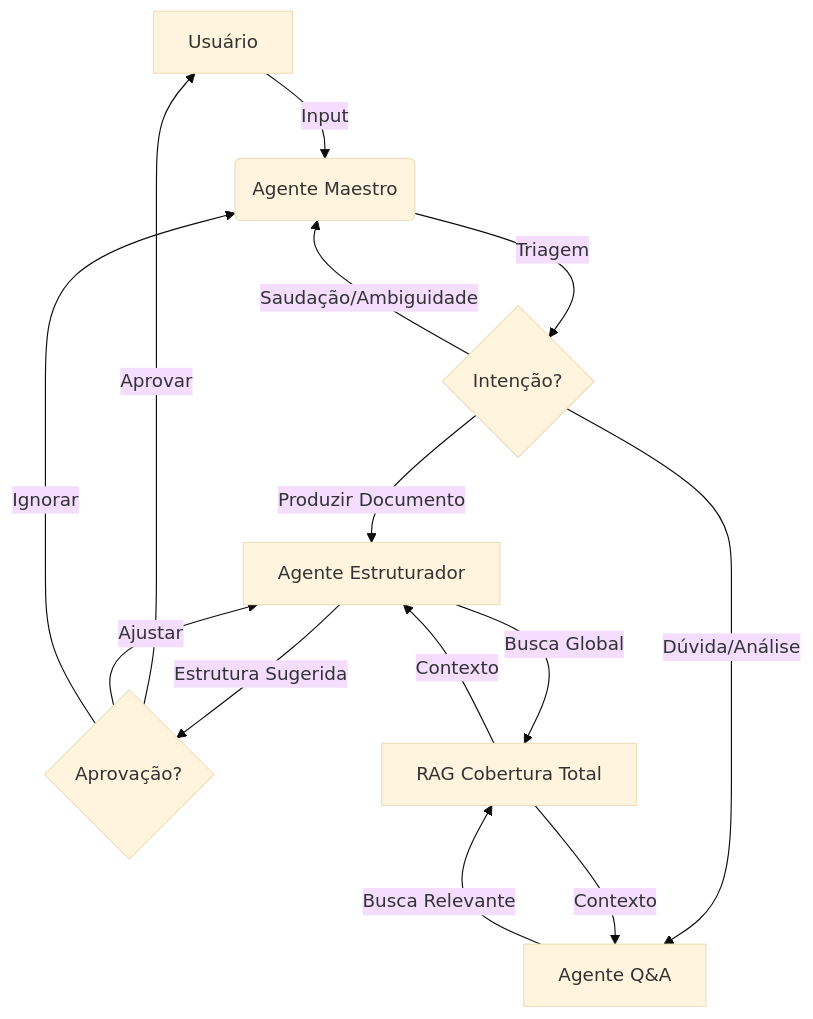
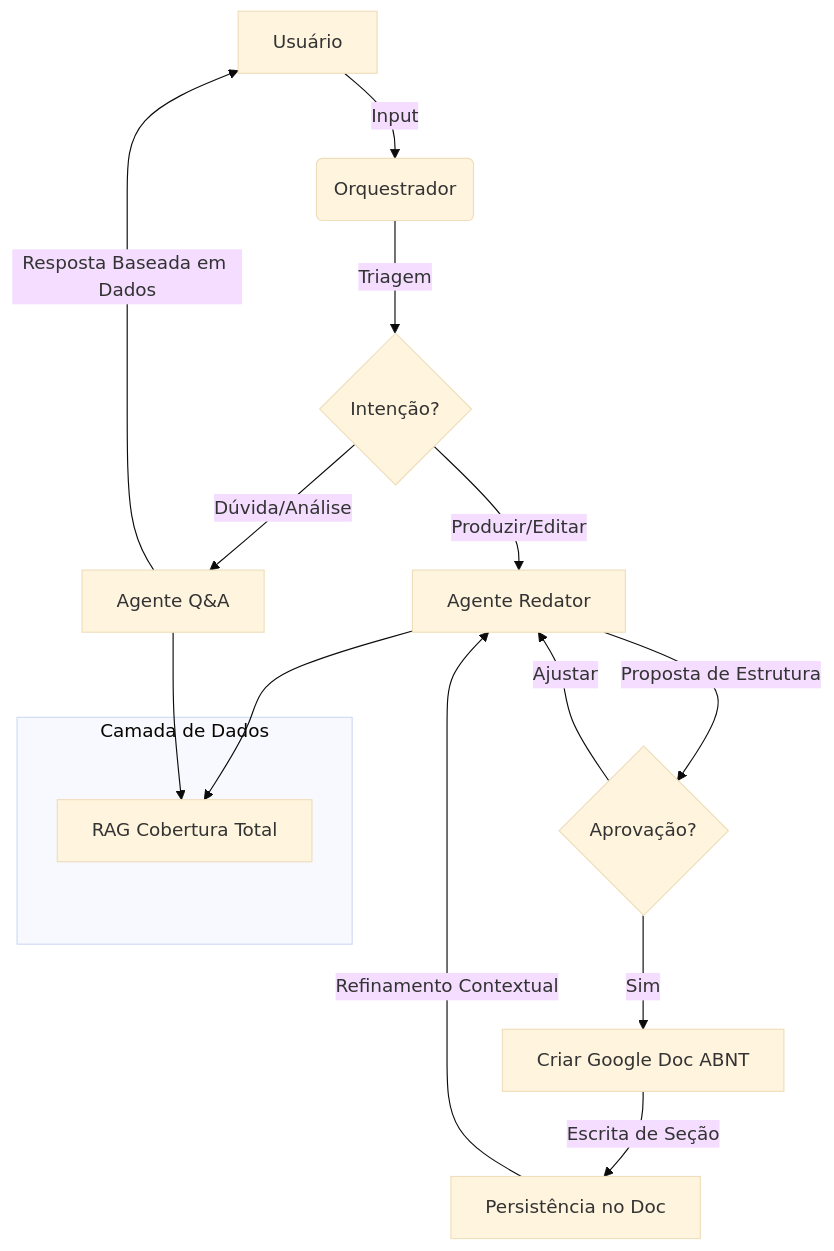
One commit to rodrigoassis1996/oraculo-academico changed the diagram in README.md. Above: the diagram before and after it, drawn with Mermaid (base theme). The commit also changed other lines of this file and 15 other files, not shown here.

First line of the commit message:
feat: integrate Google Docs with ABNT formatting and multi-agent flow

````diff
--- a/README.md
+++ b/README.md
@@ -21,19 +22,23 @@
 ```mermaid
 graph TD
-    A[Usuário] -->|Input| B(Agente Maestro)
+    A[Usuário] -->|Input| B(Orquestrador)
     B -->|Triagem| C{Intenção?}
-    C -->|Saudação/Ambiguidade| B
-    C -->|Produzir Documento| D[Agente Estruturador]
+    C -->|Produzir/Editar| D[Agente Redator]
     C -->|Dúvida/Análise| E[Agente Q&A]
     
-    D -->|Estrutura Sugerida| G{Aprovação?}
-    G -->|Aprovar| A
-    G -->|Ajustar| D
-    G -->|Ignorar| B
+    D -->|Proposta de Estrutura| F{Aprovação?}
+    F -->|Sim| G[Criar Google Doc ABNT]
+    F -->|Ajustar| D
     
-    D -->|Busca Global| F[RAG Cobertura Total]
-    E -->|Busca Relevante| F
+    G -->|Escrita de Seção| H[Persistência no Doc]
+    H -->|Refinamento Contextual| D
     
-    F -->|Contexto| D
-    F -->|Contexto| E
+    E -->|Resposta Baseada em Dados| A
+    
+    subgraph "Camada de Dados"
+        R[RAG Cobertura Total]
+    end
+    
+    D --> R
+    E --> R
 ```
````
